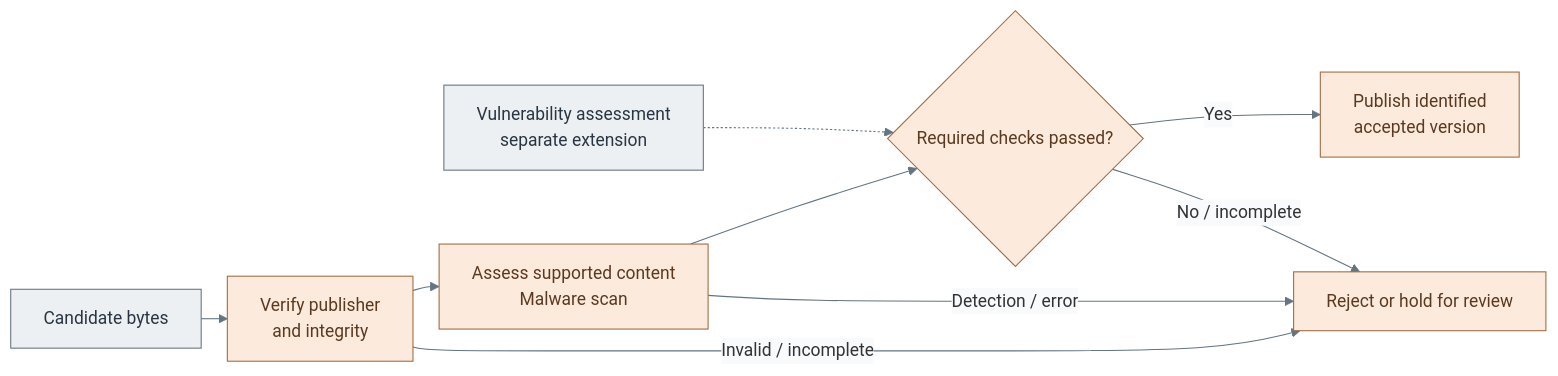
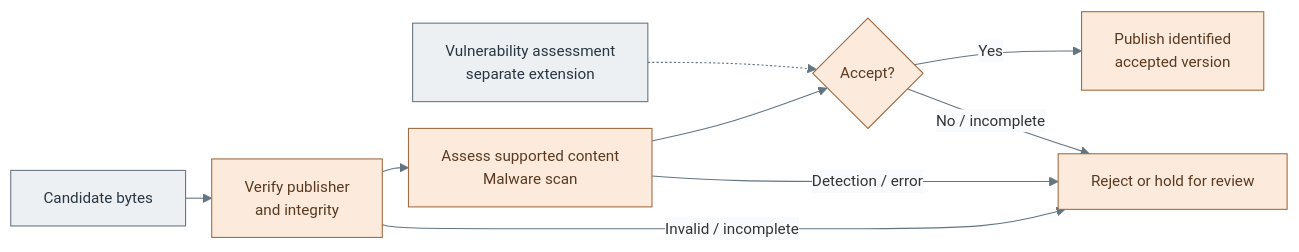
The diagram in docs/01-architecture/07-software-intake/01-verification.md (Rexus/homelab), drawn with Mermaid before and after one commit. The commit also changed other lines of this file and 124 other files, not shown here.

First line of the commit message:
fix(platform): align service diagrams and directory failover

````diff
--- a/docs/01-architecture/07-software-intake/01-verification.md
+++ b/docs/01-architecture/07-software-intake/01-verification.md
@@ -109,21 +53,21 @@
 ```mermaid
-%%{init: {"theme":"base","flowchart":{"nodeSpacing":20,"rankSpacing":24},"themeVariables":{"lineColor":"#627581","edgeLabelBackground":"#f8fafc"}}}%%
+%%{init: {"theme":"base","flowchart":{"nodeSpacing":20,"rankSpacing":24},"themeVariables":{"lineColor":"#627581","edgeLabelBackground":"#f8fafc","fontFamily":"Arial, sans-serif","fontSize":"14px"},"fontFamily":"Arial, sans-serif"}}%%
 flowchart LR
   Candidate["Candidate bytes"] --> Verify["Verify publisher<br/>and integrity"]
   Verify --> Scan["Assess supported content<br/>Malware scan"]
   Verify -->|Invalid / incomplete| Hold["Reject or hold for review"]
-  Scan --> Policy{"Required checks passed?"}
+  Scan --> Policy{"Accept?"}
   Scan -->|Detection / error| Hold
   Policy -->|Yes| Publish["Publish identified<br/>accepted version"]
   Policy -->|No / incomplete| Hold
   Extension["Vulnerability assessment<br/>separate extension"] -.-> Policy
   classDef default fill:#f8fafc,stroke:#64748b,color:#1f2937
   classDef actor fill:#edf0f3,stroke:#697682,color:#293642
   classDef services fill:#e7f0fc,stroke:#4d719b,color:#203a5b
   classDef control fill:#e2f3ed,stroke:#397366,color:#173f36
   classDef custody fill:#fff2d1,stroke:#926820,color:#584013
   class Candidate,Extension actor
   class Scan,Publish,Policy,Hold action
   classDef action fill:#fcebdc,stroke:#a16c43,color:#5b3921
   class Verify action
 ```
````
